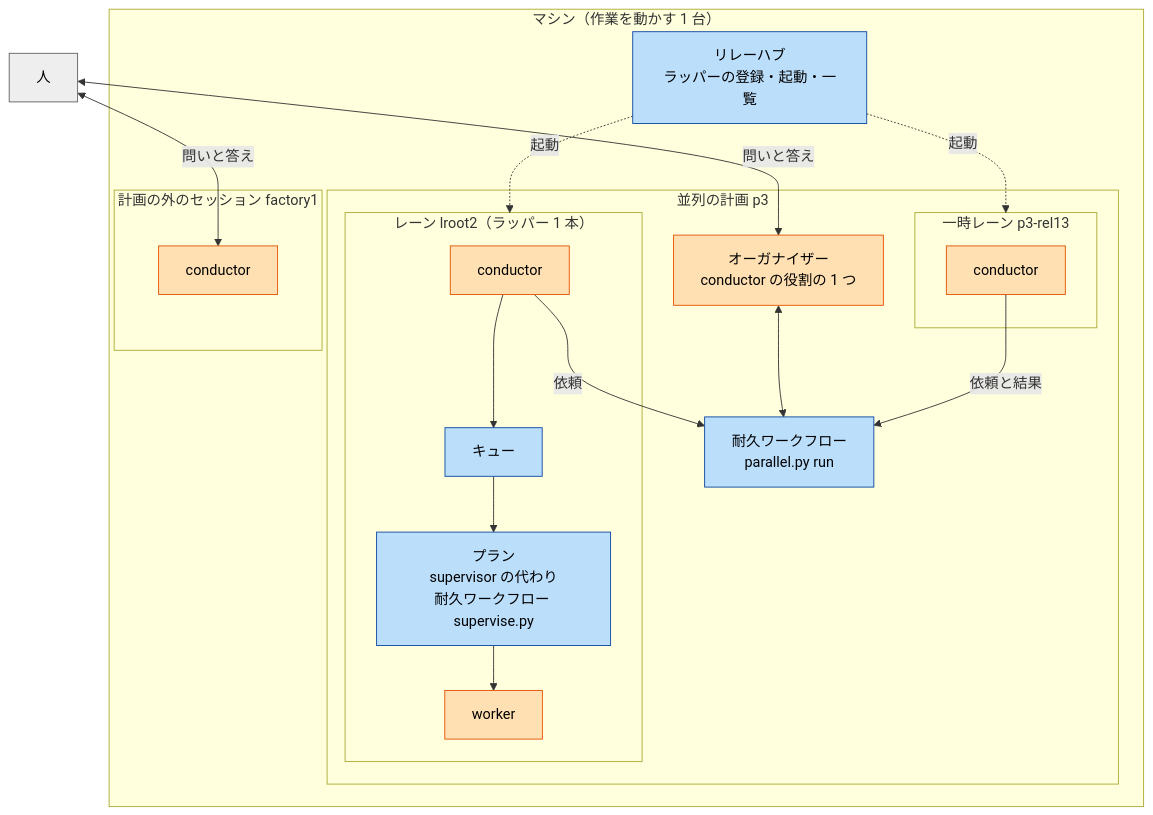
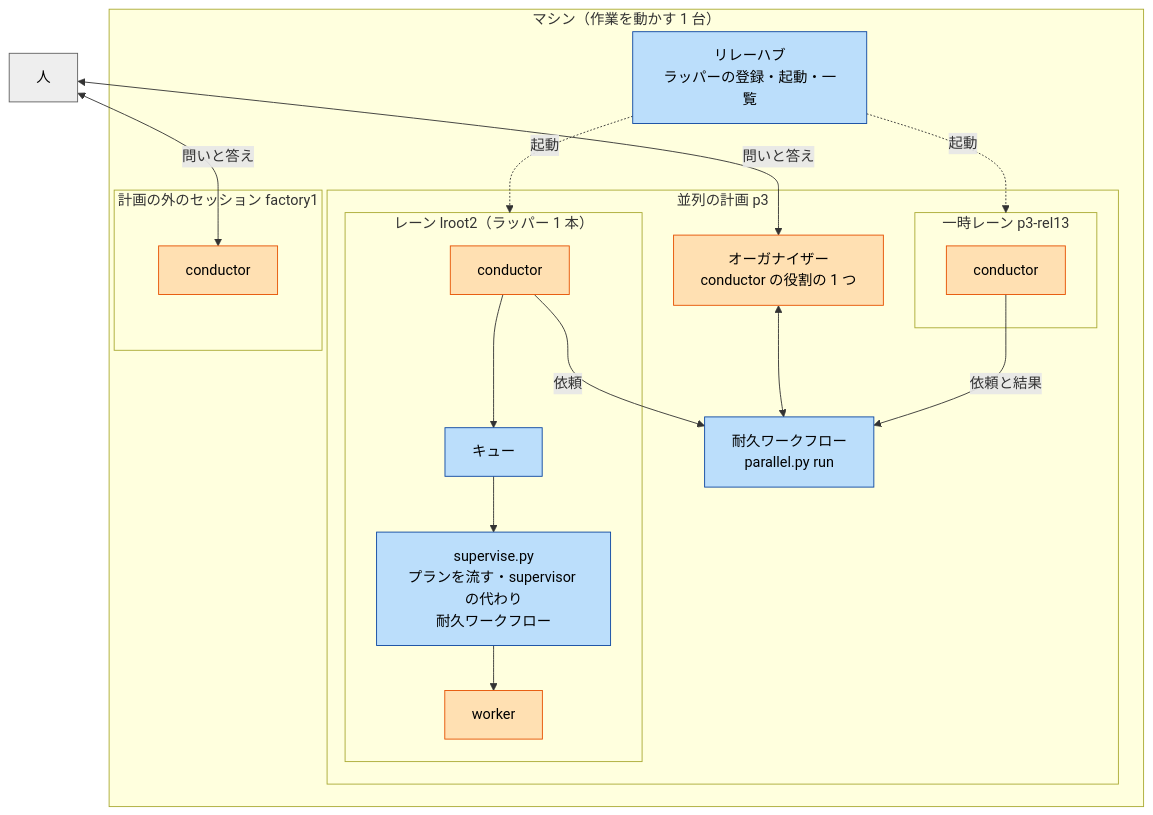
The first of 4 diagrams in docs/ndf-parallel-model.md (devbasex/ai-plugins), drawn with Mermaid before and after one commit. The commit also changed other lines of this file, not shown here.

First line of the commit message:
Docs: 役割の列のプランを supervise.py に直す

````diff
--- a/docs/ndf-parallel-model.md
+++ b/docs/ndf-parallel-model.md
@@ -26,38 +26,38 @@
 ```mermaid
 flowchart TB
     H["人"]
     subgraph M["マシン（作業を動かす 1 台）"]
         HUB["リレーハブ<br/>ラッパーの登録・起動・一覧"]
         subgraph P["並列の計画 p3"]
             O["オーガナイザー<br/>conductor の役割の 1 つ"]
             DW["耐久ワークフロー<br/>parallel.py run"]
             subgraph L1["レーン lroot2（ラッパー 1 本）"]
                 C1["conductor"]
                 Q1["キュー"]
-                PL1["プラン<br/>supervisor の代わり<br/>耐久ワークフロー supervise.py"]
+                PL1["supervise.py<br/>プランを流す・supervisor の代わり<br/>耐久ワークフロー"]
                 W1["worker"]
             end
             subgraph L2["一時レーン p3-rel13"]
                 C2["conductor"]
             end
         end
         subgraph X["計画の外のセッション factory1"]
             C3["conductor"]
         end
     end
     H <-->|"問いと答え"| O
     H <-->|"問いと答え"| C3
     O <--> DW
     C1 -->|"依頼"| DW
     C2 -->|"依頼と結果"| DW
     C1 --> Q1 --> PL1 --> W1
     HUB -.->|"起動"| L1
     HUB -.->|"起動"| L2
     classDef ai fill:#ffe0b2,stroke:#e65100,color:#000
     classDef script fill:#bbdefb,stroke:#0d47a1,color:#000
     classDef mixed fill:#e1bee7,stroke:#4a148c,color:#000
     classDef other fill:#eeeeee,stroke:#616161,color:#000
     class O,C1,C2,C3,W1 ai
     class HUB,DW,Q1,PL1 script
     class H other
 ```
````
